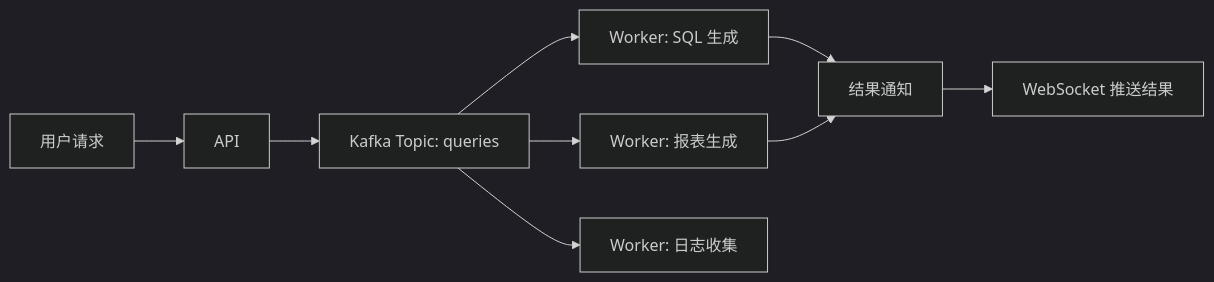
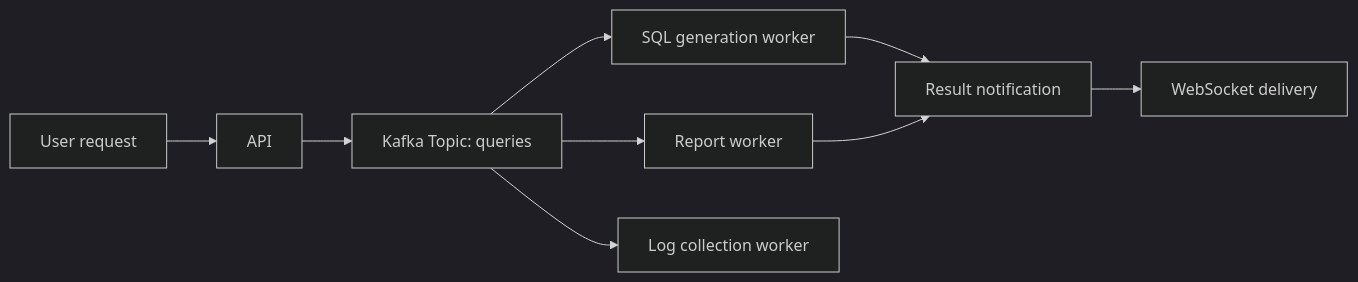
Before and after one commit to LAnthonyJ/datalens-lab: the fifth of 8 diagrams in Q2_architecture.md, drawn with Mermaid (dark theme). The commit also changed other lines of this file and 11 other files, not shown here.

````diff
--- a/Q2_architecture.md
+++ b/Q2_architecture.md
@@ -186,11 +150,11 @@
 ```mermaid
 graph LR
-    USER[用户请求] --> API
+    USER[User request] --> API
     API --> KAFKA[Kafka Topic: queries]
-    KAFKA --> WORKER1[Worker: SQL 生成]
-    KAFKA --> WORKER2[Worker: 报表生成]
-    KAFKA --> WORKER3[Worker: 日志收集]
-    WORKER1 --> REDIS[结果通知]
+    KAFKA --> WORKER1[SQL generation worker]
+    KAFKA --> WORKER2[Report worker]
+    KAFKA --> WORKER3[Log collection worker]
+    WORKER1 --> REDIS[Result notification]
     WORKER2 --> REDIS
-    REDIS --> WS[WebSocket 推送结果]
+    REDIS --> WS[WebSocket delivery]
 ```
````
